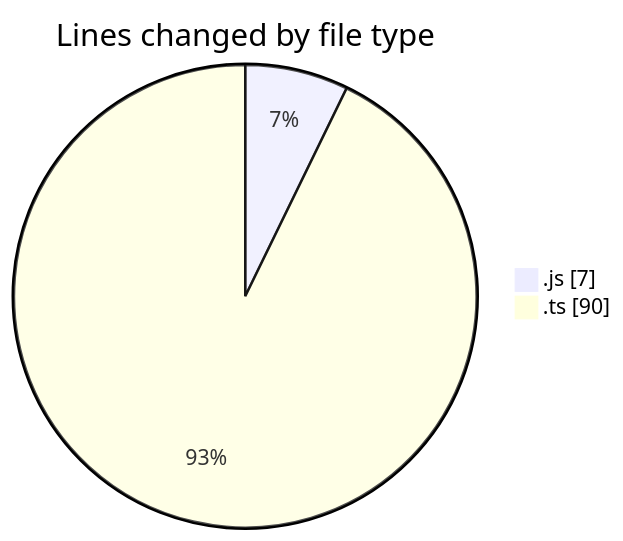
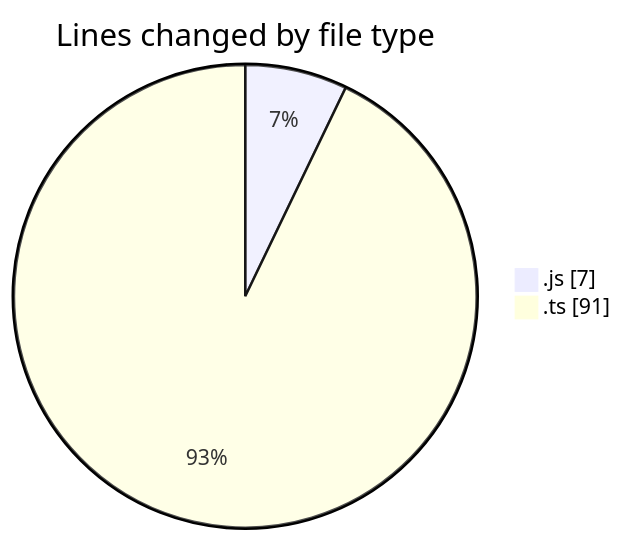
Before and after one commit to momahboobian/code-tracking: the first of 2 diagrams in 2025-06-18/cda/README.md, drawn with Mermaid. The commit also changed other lines of this file and 1 other file, not shown here.

````diff
--- a/2025-06-18/cda/README.md
+++ b/2025-06-18/cda/README.md
@@ -24,6 +24,6 @@
 ```mermaid
 pie showData
 title Lines changed by file type
 ".js" : 7
-".ts" : 90
+".ts" : 91
 ```
````
